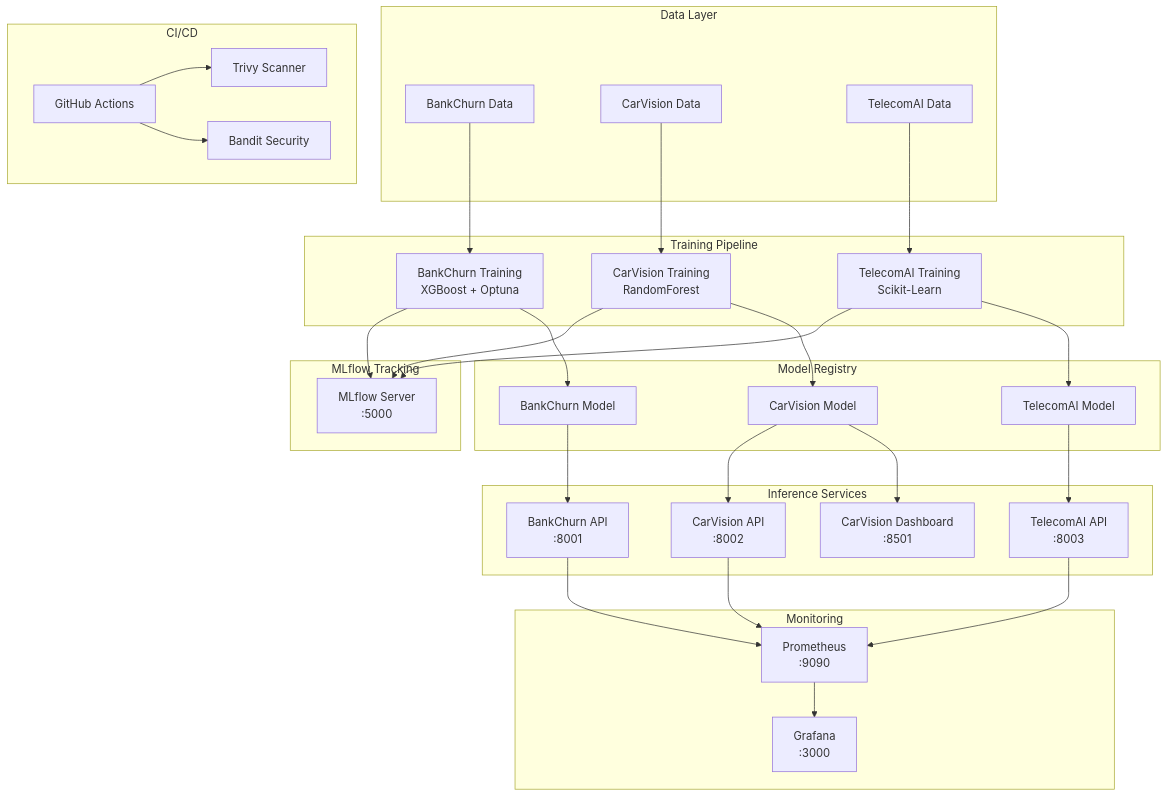
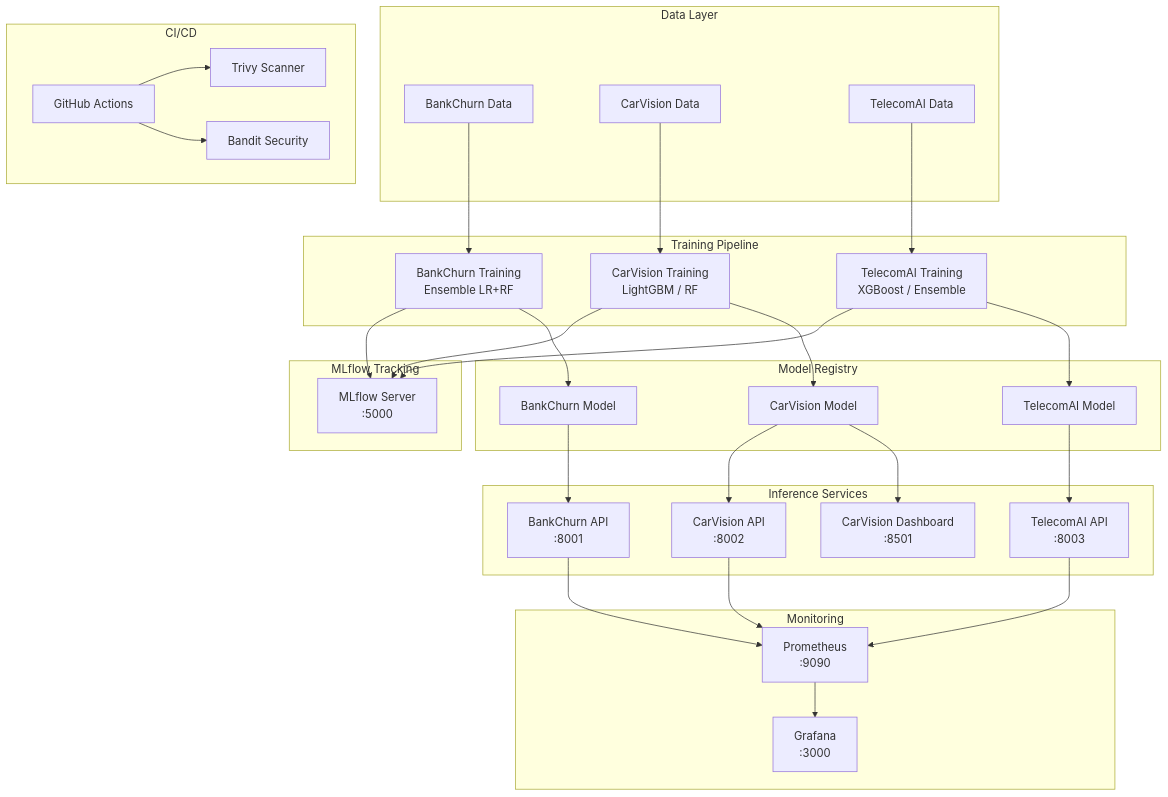
The first of 2 diagrams in docs/ARCHITECTURE_PORTFOLIO.md (DuqueOM/ML-MLOps-Portfolio), drawn with Mermaid before and after one commit. The commit also changed other lines of this file and 44 other files, not shown here.

````diff
--- a/docs/ARCHITECTURE_PORTFOLIO.md
+++ b/docs/ARCHITECTURE_PORTFOLIO.md
@@ -29,68 +29,68 @@
 ```mermaid
 graph TB
     subgraph "Data Layer"
         D1[BankChurn Data]
         D2[CarVision Data]
         D3[TelecomAI Data]
     end
     
     subgraph "Training Pipeline"
-        T1[BankChurn Training<br/>XGBoost + Optuna]
-        T2[CarVision Training<br/>RandomForest]
-        T3[TelecomAI Training<br/>Scikit-Learn]
+        T1[BankChurn Training<br/>Ensemble LR+RF]
+        T2[CarVision Training<br/>LightGBM / RF]
+        T3[TelecomAI Training<br/>XGBoost / Ensemble]
     end
     
     subgraph "MLflow Tracking"
         MLF[MLflow Server<br/>:5000]
     end
     
     subgraph "Model Registry"
         M1[BankChurn Model]
         M2[CarVision Model]
         M3[TelecomAI Model]
     end
     
     subgraph "Inference Services"
         API1[BankChurn API<br/>:8001]
         API2[CarVision API<br/>:8002]
         API3[TelecomAI API<br/>:8003]
         DASH[CarVision Dashboard<br/>:8501]
     end
     
     subgraph "Monitoring"
         PROM[Prometheus<br/>:9090]
         GRAF[Grafana<br/>:3000]
     end
     
     subgraph "CI/CD"
         GHA[GitHub Actions]
         TRIVY[Trivy Scanner]
         BANDIT[Bandit Security]
     end
     
     D1 --> T1
     D2 --> T2
     D3 --> T3
     
     T1 --> MLF
     T2 --> MLF
     T3 --> MLF
     
     T1 --> M1
     T2 --> M2
     T3 --> M3
     
     M1 --> API1
     M2 --> API2
     M2 --> DASH
     M3 --> API3
     
     API1 --> PROM
     API2 --> PROM
     API3 --> PROM
     
     PROM --> GRAF
     
     GHA --> TRIVY
     GHA --> BANDIT
 ```
````
